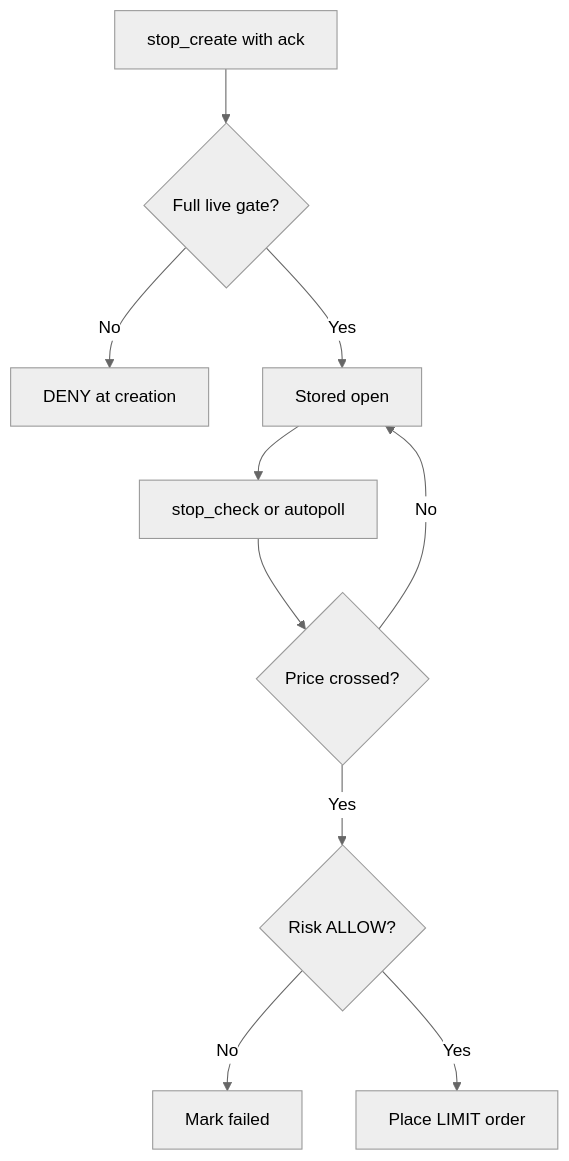
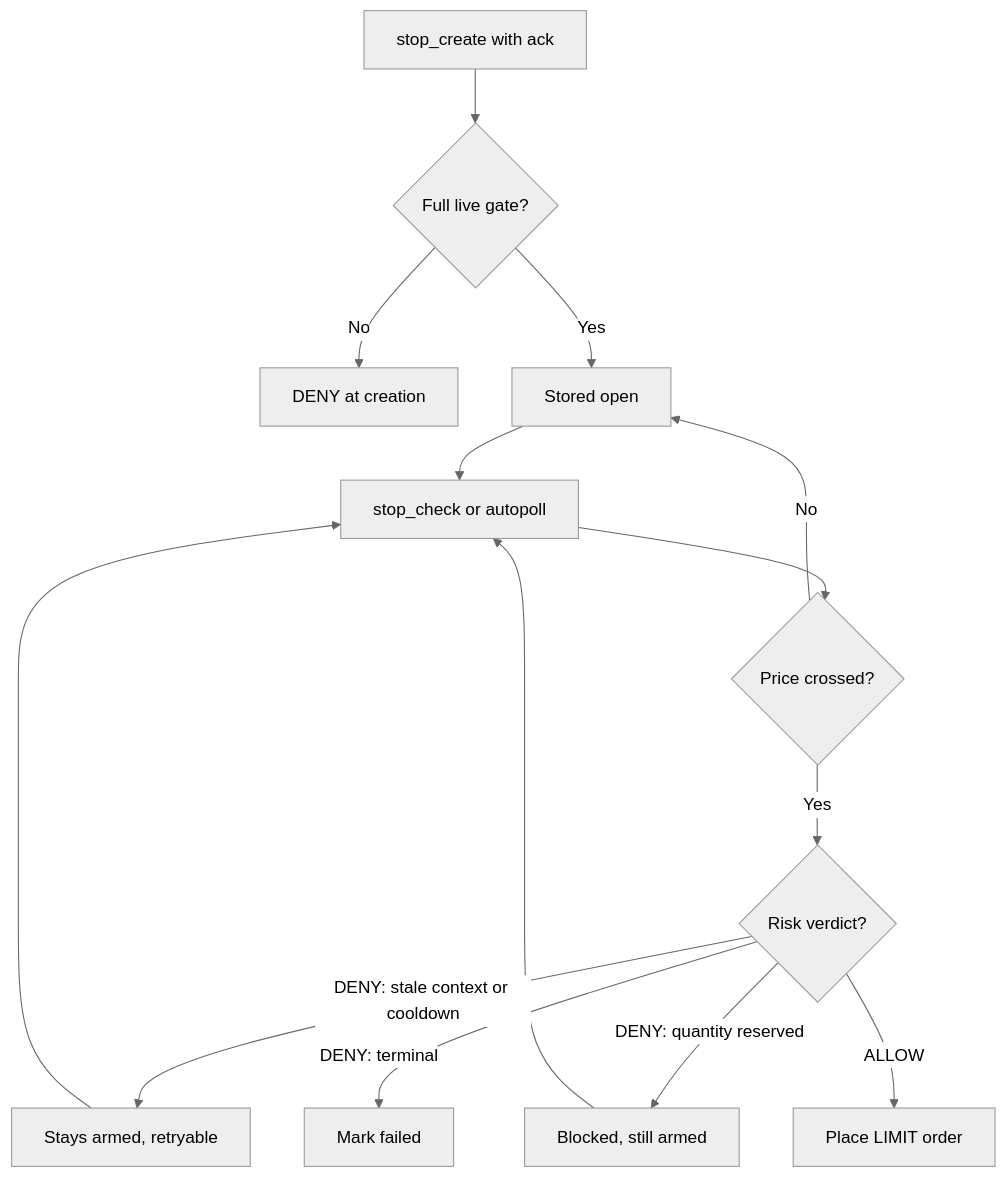
The second of 2 diagrams in docs/trading/modes.md (D1ZZY4/indodax-mcp), drawn with Mermaid (neutral theme) before and after one commit. The commit also changed other lines of this file and 5 other files, not shown here.

First line of the commit message:
docs: synchronize guides and diagrams with the implementation

````diff
--- a/docs/trading/modes.md
+++ b/docs/trading/modes.md
@@ -35,12 +35,16 @@
 ```mermaid
 flowchart TD
     Create["stop_create with ack"] --> Gate{"Full live gate?"}
     Gate -->|"No"| Deny["DENY at creation"]
     Gate -->|"Yes"| Stored["Stored open"]
     Stored --> Check["stop_check or autopoll"]
     Check --> Crossed{"Price crossed?"}
     Crossed -->|"No"| Stored
-    Crossed -->|"Yes"| Risk2{"Risk ALLOW?"}
-    Risk2 -->|"No"| Failed["Mark failed"]
-    Risk2 -->|"Yes"| Place["Place LIMIT order"]
+    Crossed -->|"Yes"| Risk2{"Risk verdict?"}
+    Risk2 -->|"DENY: stale context or cooldown"| Retry["Stays armed, retryable"]
+    Risk2 -->|"DENY: quantity reserved"| Blocked["Blocked, still armed"]
+    Risk2 -->|"DENY: terminal"| Failed["Mark failed"]
+    Risk2 -->|"ALLOW"| Place["Place LIMIT order"]
+    Blocked --> Check
+    Retry --> Check
 ```
````
